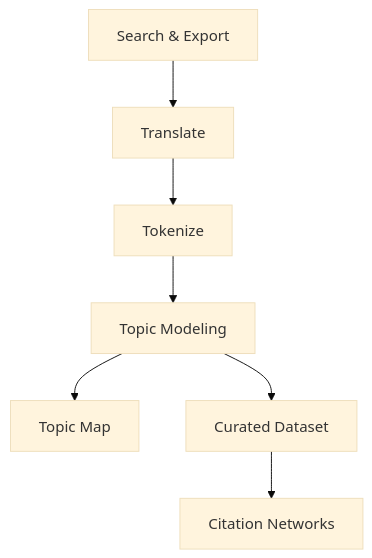
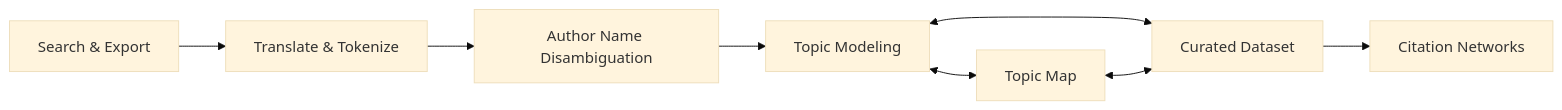
One commit to raphschlatt/ads-bib changed the diagram in docs/index.md. Above: the diagram before and after it, drawn with Mermaid (base theme).

Commit message:
docs: Update flowchart in index.md for improved clarity and structure

````diff
--- a/docs/index.md
+++ b/docs/index.md
@@ -13,9 +13,13 @@
 ``` mermaid
-graph TD
-    A[Search & Export] --> B[Translate]
-    B --> C[Tokenize]
+graph LR
+    A[Search & Export] --> B[Translate & Tokenize]
+    B --> C[Author Name Disambiguation]
     C --> D[Topic Modeling]
-    D --> E[Topic Map]
-    D --> F[Curated Dataset]
+    
+    D <--> E[Topic Map]
+    D <--> F[Curated Dataset]
+    
+    E <--> F
     F --> G[Citation Networks]
+
 ```
````
